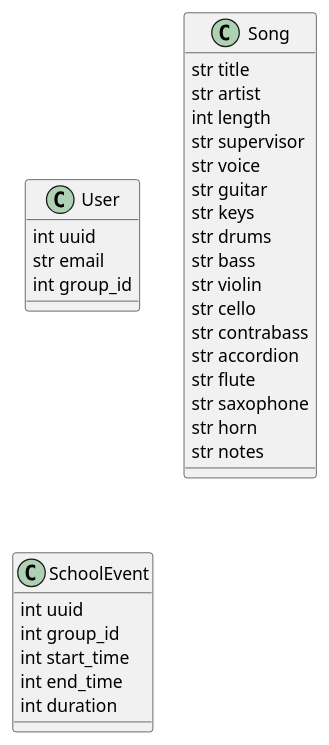
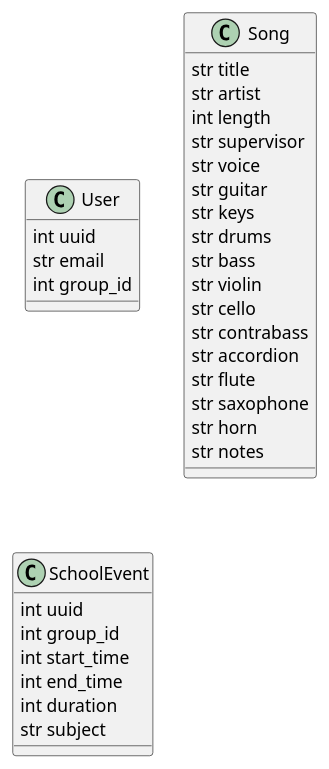
One commit to Tired-Biscuit/artebot changed the diagram in diagram.wsd. Above: the diagram before and after it, drawn with PlantUML. The commit also changed 4 other files, not shown here.

```diff
--- a/diagram.wsd
+++ b/diagram.wsd
@@ -1,34 +1,37 @@
 @startuml Diagram
+
+'Needs the PlantUML extension to be seen
 
 class User
 User : int uuid
 User : str email
 User : int group_id
 
 class Song
 Song : str title
 Song : str artist
 Song : int length
 Song : str supervisor
 Song : str voice
 Song : str guitar
 Song : str keys
 Song : str drums
 Song : str bass
 Song : str violin
 Song : str cello
 Song : str contrabass
 Song : str accordion
 Song : str flute
 Song : str saxophone
 Song : str horn
 Song : str notes
 
 class SchoolEvent
 SchoolEvent : int uuid
 SchoolEvent : int group_id
 SchoolEvent : int start_time
 SchoolEvent : int end_time
 SchoolEvent : int duration
+SchoolEvent : str subject
 
 @enduml
```
